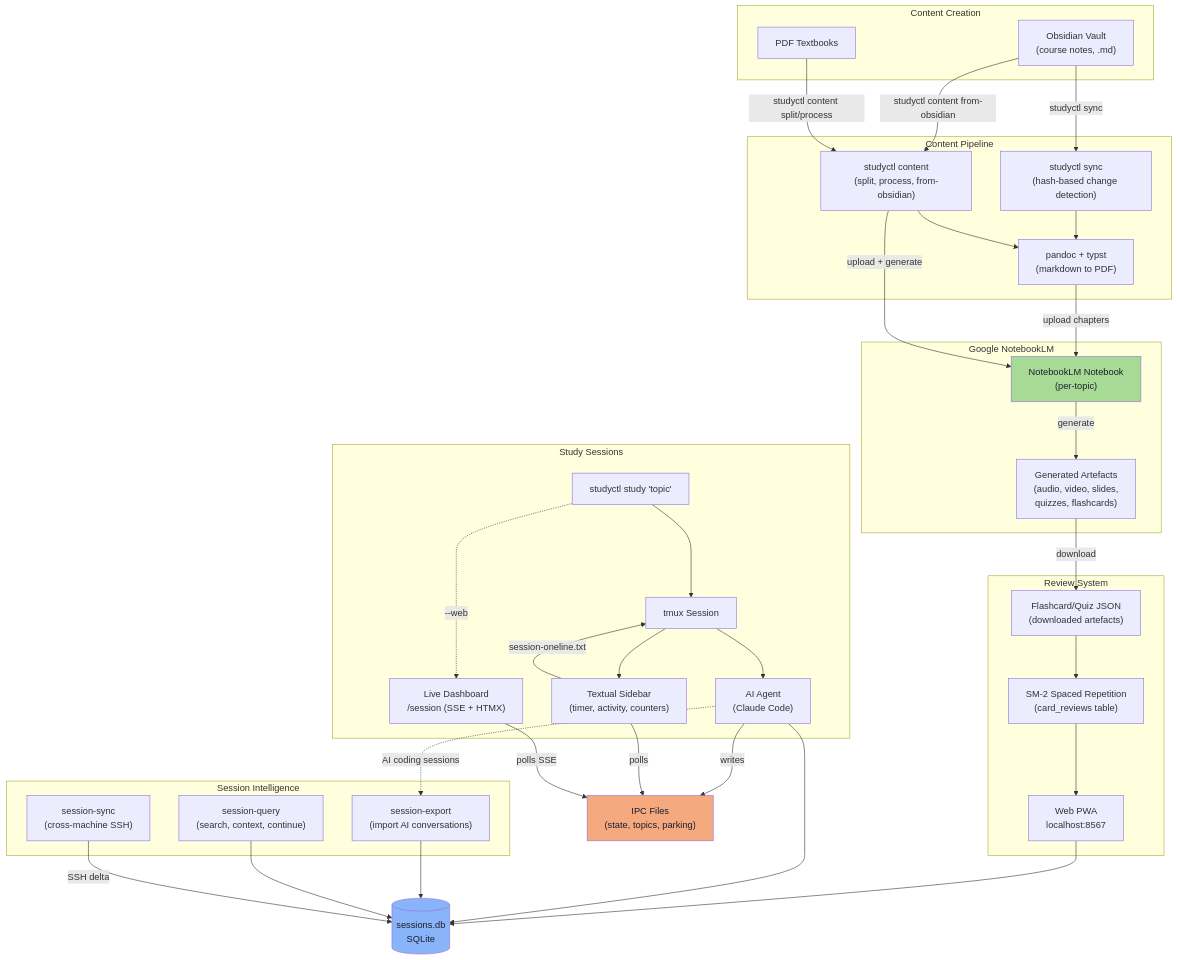
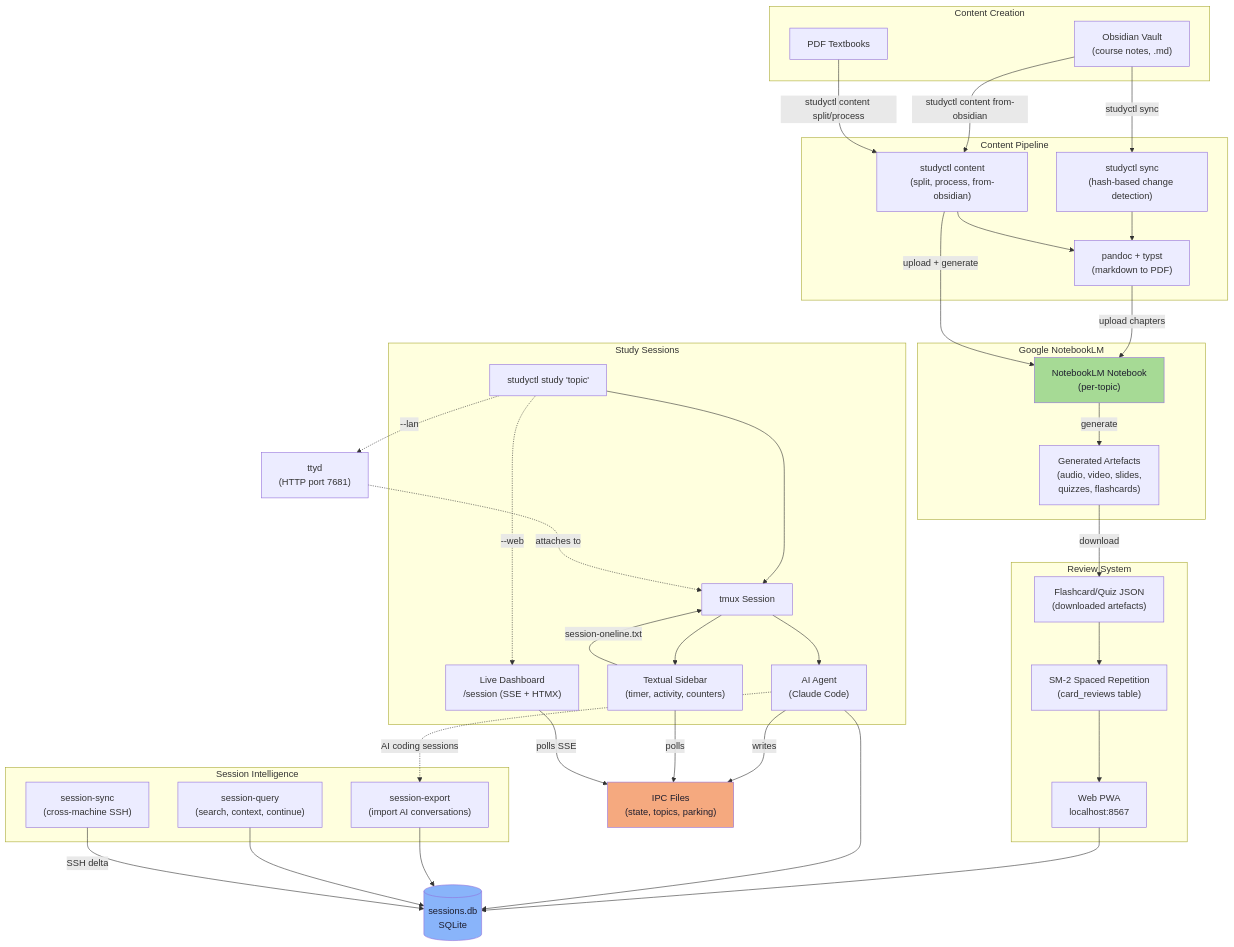
The first of 8 diagrams in docs/system-overview.md (NetDevAutomate/StudyLoop), drawn with Mermaid before and after one commit. The commit also changed other lines of this file and 5 other files, not shown here.

````diff
--- a/docs/system-overview.md
+++ b/docs/system-overview.md
@@ -9,72 +9,74 @@
 ```mermaid
 graph TB
     subgraph "Content Creation"
         OV["Obsidian Vault<br/>(course notes, .md)"]
         PDF["PDF Textbooks"]
     end
 
     subgraph "Content Pipeline"
         SYNC["studyctl sync<br/>(hash-based change detection)"]
         CONTENT["studyctl content<br/>(split, process, from-obsidian)"]
         PANDOC["pandoc + typst<br/>(markdown to PDF)"]
     end
 
     subgraph "Google NotebookLM"
         NB["NotebookLM Notebook<br/>(per-topic)"]
         ART["Generated Artefacts<br/>(audio, video, slides,<br/>quizzes, flashcards)"]
     end
 
     subgraph "Review System"
         FC["Flashcard/Quiz JSON<br/>(downloaded artefacts)"]
         SM2["SM-2 Spaced Repetition<br/>(card_reviews table)"]
         WEB["Web PWA<br/>localhost:8567"]
     end
 
     subgraph "Study Sessions"
         STUDY["studyctl study 'topic'"]
         TMUX["tmux Session"]
         AGENT["AI Agent<br/>(Claude Code)"]
         SIDEBAR["Textual Sidebar<br/>(timer, activity, counters)"]
         DASH["Live Dashboard<br/>/session (SSE + HTMX)"]
     end
 
     subgraph "Session Intelligence"
         EXPORT["session-export<br/>(import AI conversations)"]
         QUERY["session-query<br/>(search, context, continue)"]
         SSYNC["session-sync<br/>(cross-machine SSH)"]
     end
 
     DB[(sessions.db<br/>SQLite)]
     IPC["IPC Files<br/>(state, topics, parking)"]
 
     OV -->|"studyctl sync"| SYNC
     OV -->|"studyctl content from-obsidian"| CONTENT
     PDF -->|"studyctl content split/process"| CONTENT
     SYNC --> PANDOC -->|upload chapters| NB
     CONTENT --> PANDOC
     CONTENT -->|upload + generate| NB
     NB -->|generate| ART
     ART -->|download| FC
     FC --> SM2
     SM2 --> WEB
     WEB --> DB
 
     STUDY --> TMUX
     TMUX --> AGENT
     TMUX --> SIDEBAR
     STUDY -.->|"--web"| DASH
+    STUDY -.->|"--lan"| TTYD["ttyd<br/>(HTTP port 7681)"]
+    TTYD -.->|"attaches to"| TMUX
     AGENT -->|writes| IPC
     SIDEBAR -->|polls| IPC
     DASH -->|polls SSE| IPC
     AGENT --> DB
     SIDEBAR -->|session-oneline.txt| TMUX
 
     AGENT -.->|"AI coding sessions"| EXPORT
     EXPORT --> DB
     QUERY --> DB
     SSYNC -->|"SSH delta"| DB
 
     style DB fill:#89b4fa,color:#1e1e2e
     style IPC fill:#f5a97f,color:#1e1e2e
     style NB fill:#a6da95,color:#1e1e2e
 ```
````
